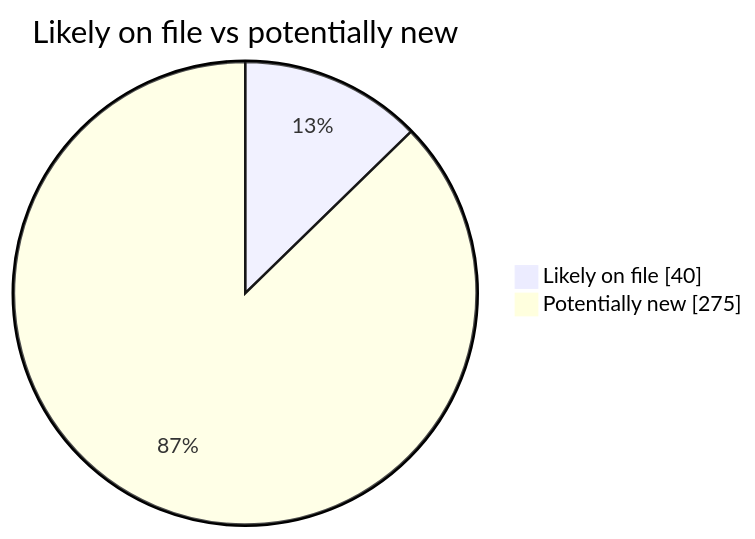
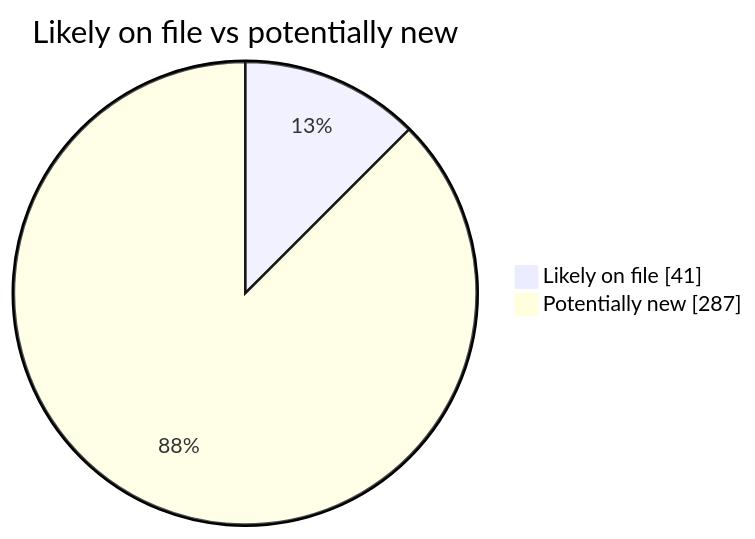
The second of 4 diagrams in README.md (martinbalfanz/social-scanner-reports), drawn with Mermaid before and after one commit. The commit also changed other lines of this file and 2 other files, not shown here.

````diff
--- a/README.md
+++ b/README.md
@@ -40,5 +40,5 @@
 ```mermaid
 pie showData title Likely on file vs potentially new
-    "Likely on file" : 40
-    "Potentially new" : 275
+    "Likely on file" : 41
+    "Potentially new" : 287
 ```
````
